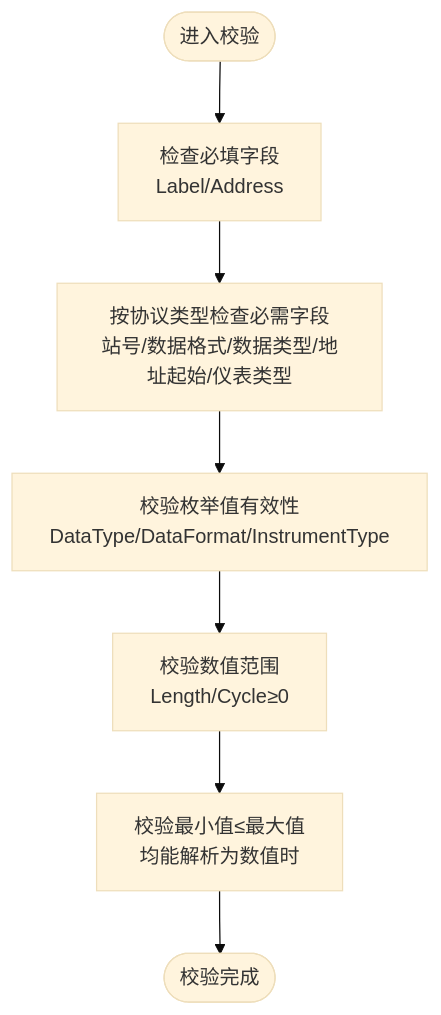
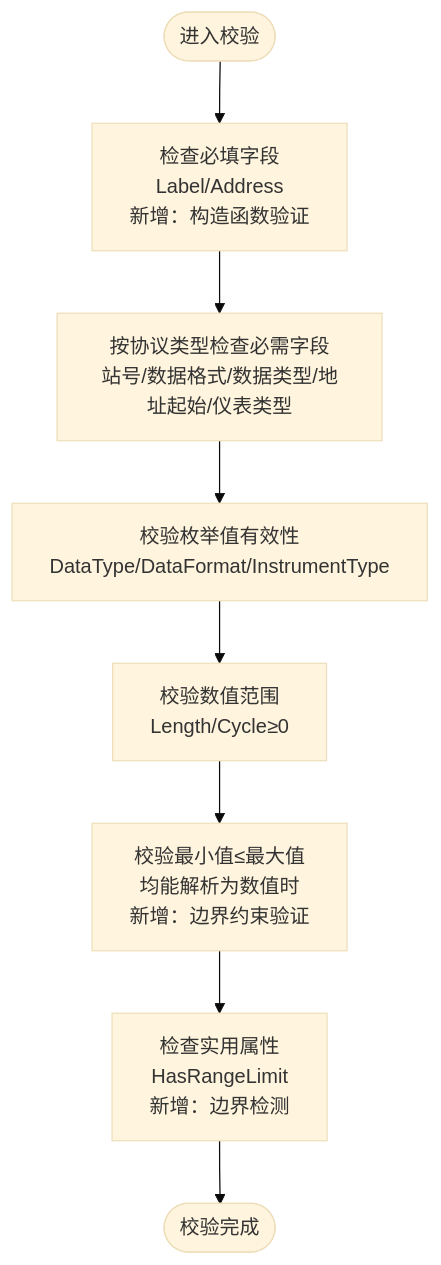
Before and after one commit to whitemousetl/IndustrialDataSolution: the fourth of 7 diagrams in .qoder/repowiki/zh/content/领域模型设计/参数配置模型.md, drawn with Mermaid (base theme). The commit also changed other lines of this file and 18 other files, not shown here.

````diff
--- a/.qoder/repowiki/zh/content/领域模型设计/参数配置模型.md
+++ b/.qoder/repowiki/zh/content/领域模型设计/参数配置模型.md
@@ -269,9 +286,10 @@
 ```mermaid
 flowchart TD
-Start(["进入校验"]) --> CheckRequired["检查必填字段<br/>Label/Address"]
+Start(["进入校验"]) --> CheckRequired["检查必填字段<br/>Label/Address<br/>新增：构造函数验证"]
 CheckRequired --> CheckProtocol["按协议类型检查必需字段<br/>站号/数据格式/数据类型/地址起始/仪表类型"]
 CheckProtocol --> CheckEnum["校验枚举值有效性<br/>DataType/DataFormat/InstrumentType"]
 CheckEnum --> CheckRange["校验数值范围<br/>Length/Cycle≥0"]
-CheckRange --> CheckMinMax["校验最小值≤最大值<br/>均能解析为数值时"]
-CheckMinMax --> Done(["校验完成"])
+CheckRange --> CheckMinMax["校验最小值≤最大值<br/>均能解析为数值时<br/>新增：边界约束验证"]
+CheckMinMax --> CheckUtility["检查实用属性<br/>HasRangeLimit<br/>新增：边界检测"]
+CheckUtility --> Done(["校验完成"])
 ```
````
